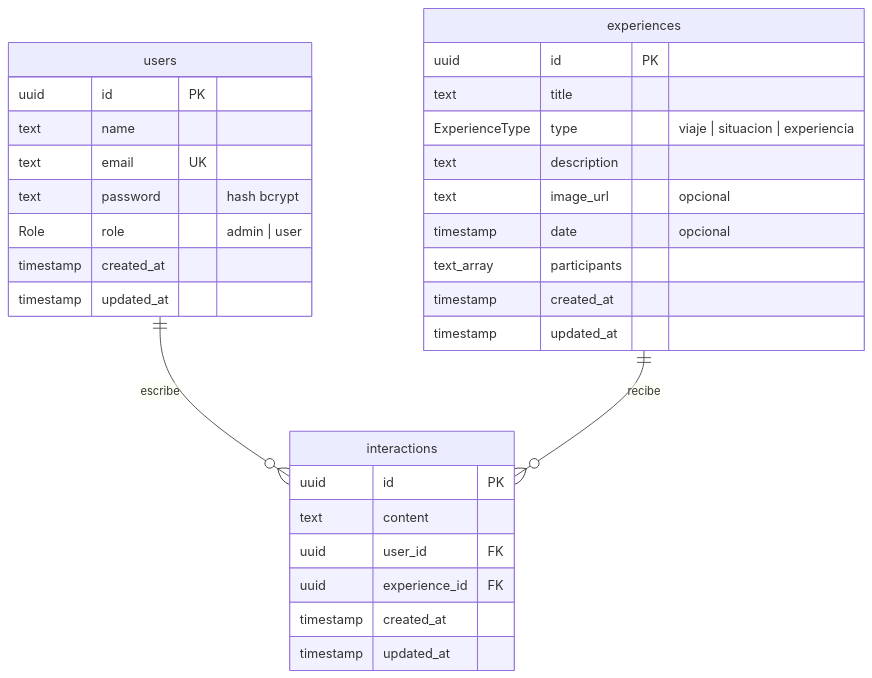
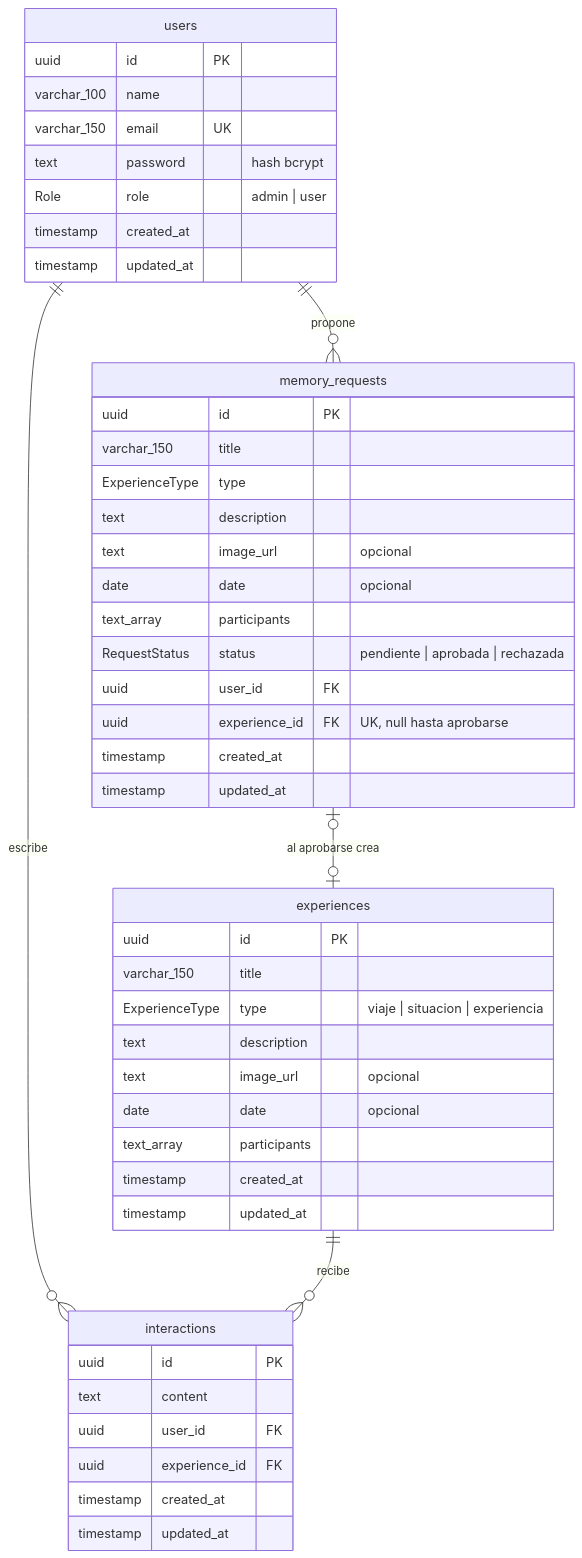
One commit to Mayday3003/mayday-api changed the diagram in docs/modelo-datos.md. Above: the diagram before and after it, drawn with Mermaid. The commit also changed other lines of this file, not shown here.

Commit message:
docs: modelo de datos actualizado con propuestas y relaciones

````diff
--- a/docs/modelo-datos.md
+++ b/docs/modelo-datos.md
@@ -5,36 +5,53 @@
 ```mermaid
 erDiagram
     users ||--o{ interactions : "escribe"
     experiences ||--o{ interactions : "recibe"
+    users ||--o{ memory_requests : "propone"
+    memory_requests |o--o| experiences : "al aprobarse crea"
 
     users {
         uuid id PK
-        text name
-        text email UK
+        varchar_100 name
+        varchar_150 email UK
         text password "hash bcrypt"
         Role role "admin | user"
         timestamp created_at
         timestamp updated_at
     }
 
     experiences {
         uuid id PK
-        text title
+        varchar_150 title
         ExperienceType type "viaje | situacion | experiencia"
         text description
         text image_url "opcional"
-        timestamp date "opcional"
+        date date "opcional"
         text_array participants
         timestamp created_at
         timestamp updated_at
     }
 
     interactions {
         uuid id PK
         text content
         uuid user_id FK
         uuid experience_id FK
         timestamp created_at
         timestamp updated_at
     }
+
+    memory_requests {
+        uuid id PK
+        varchar_150 title
+        ExperienceType type
+        text description
+        text image_url "opcional"
+        date date "opcional"
+        text_array participants
+        RequestStatus status "pendiente | aprobada | rechazada"
+        uuid user_id FK
+        uuid experience_id FK "UK, null hasta aprobarse"
+        timestamp created_at
+        timestamp updated_at
+    }
 ```
````
